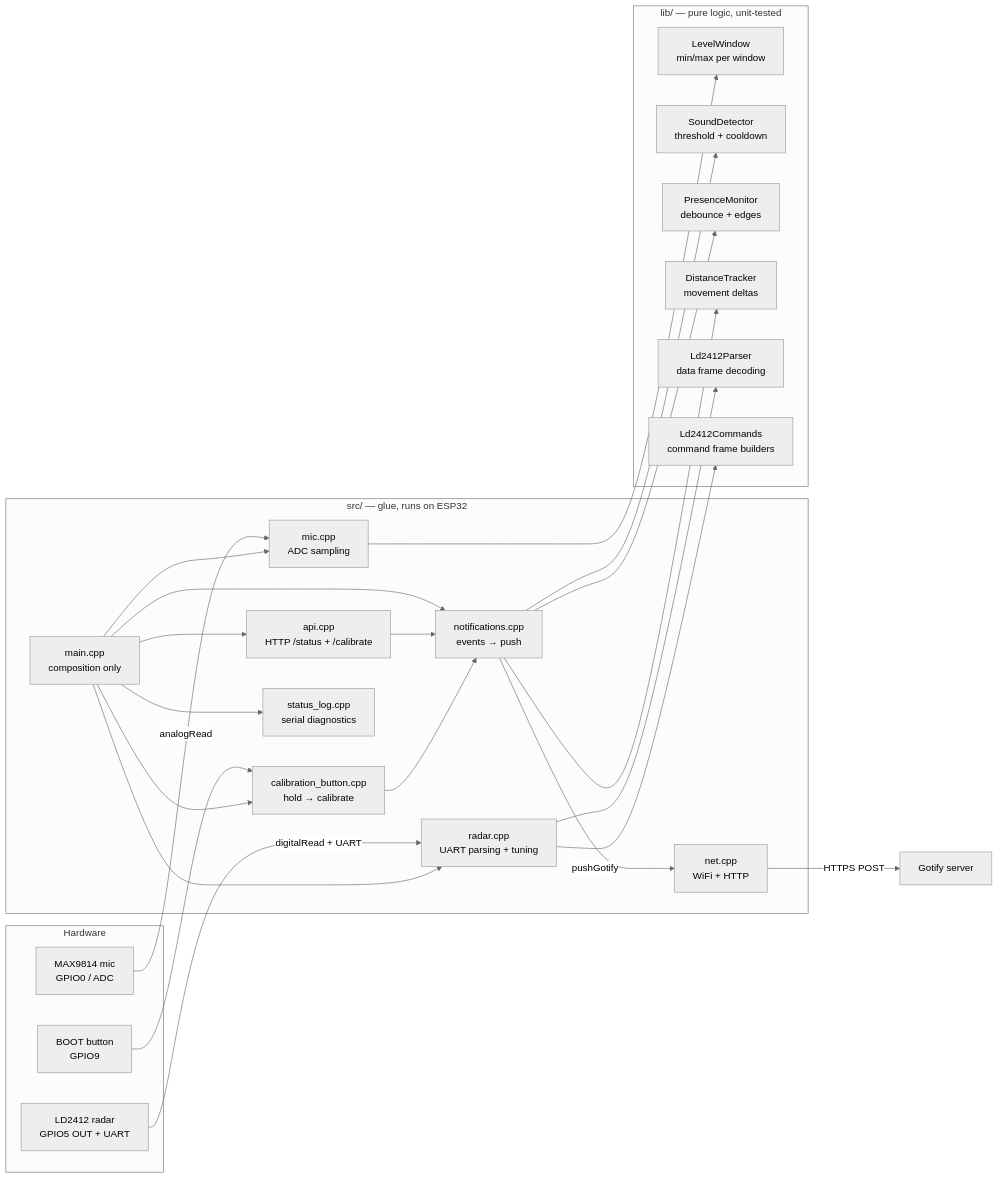
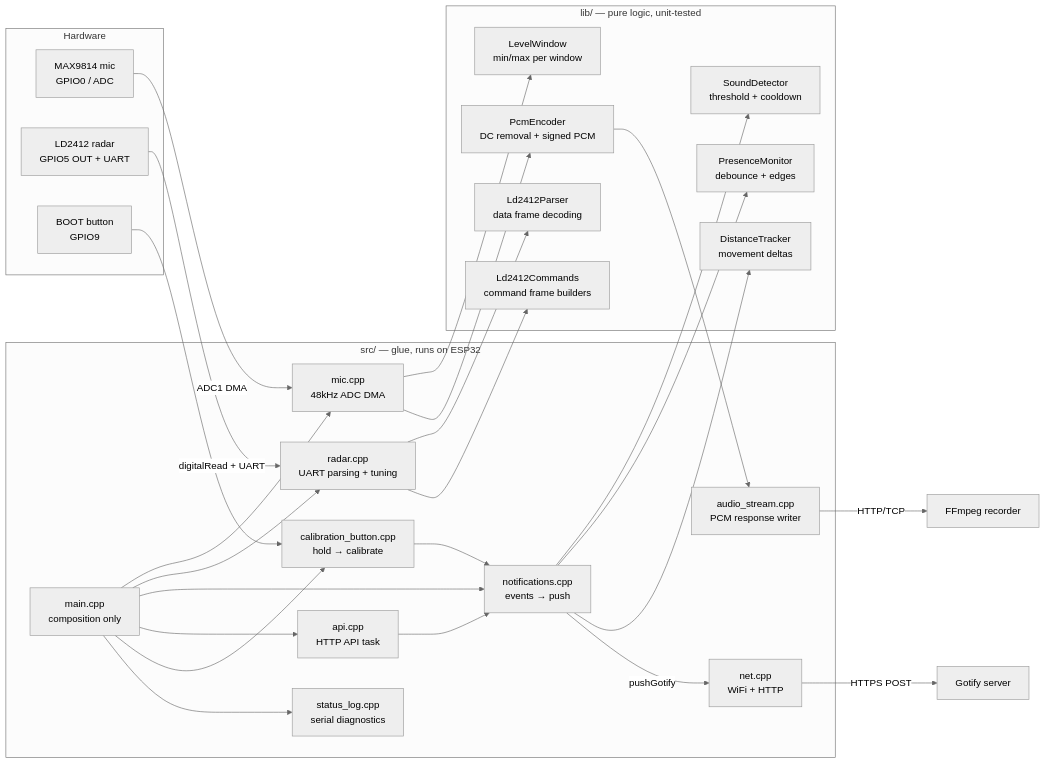
The diagram in docs/architecture.md (patbaumgartner/esp32-room-watchdog), drawn with Mermaid (neutral theme) before and after one commit. The commit also changed other lines of this file and 17 other files, not shown here.

Commit message:
feat: stream microphone audio over WiFi

````diff
--- a/docs/architecture.md
+++ b/docs/architecture.md
@@ -15,45 +15,48 @@
 ```mermaid
 flowchart LR
     subgraph hardware [Hardware]
         MIC[MAX9814 mic<br/>GPIO0 / ADC]
         RADAR[LD2412 radar<br/>GPIO5 OUT + UART]
         BTN[BOOT button<br/>GPIO9]
     end
 
     subgraph src [src/ — glue, runs on ESP32]
         LOOP[main.cpp<br/>composition only]
-        MICG[mic.cpp<br/>ADC sampling]
+        MICG[mic.cpp<br/>48kHz ADC DMA]
+        AUDIO[audio_stream.cpp<br/>PCM response writer]
         RADG[radar.cpp<br/>UART parsing + tuning]
         NOTIF[notifications.cpp<br/>events → push]
-        API[api.cpp<br/>HTTP /status + /calibrate]
+        API[api.cpp<br/>HTTP API task]
         CBTN[calibration_button.cpp<br/>hold → calibrate]
         SLOG[status_log.cpp<br/>serial diagnostics]
         NET[net.cpp<br/>WiFi + HTTP]
     end
 
     subgraph lib [lib/ — pure logic, unit-tested]
         LW[LevelWindow<br/>min/max per window]
+        PCM[PcmEncoder<br/>DC removal + signed PCM]
         SD[SoundDetector<br/>threshold + cooldown]
         PM[PresenceMonitor<br/>debounce + edges]
         DT[DistanceTracker<br/>movement deltas]
         LP[Ld2412Parser<br/>data frame decoding]
         LC[Ld2412Commands<br/>command frame builders]
     end
 
-    MIC -->|analogRead| MICG --> LW
+    MIC -->|ADC1 DMA| MICG --> LW
+    MICG --> PCM --> AUDIO -->|HTTP/TCP| RECORDER[FFmpeg recorder]
     RADAR -->|digitalRead + UART| RADG --> LP
     RADG --> LC
     BTN --> CBTN
     LOOP --> MICG
     LOOP --> RADG
     LOOP --> NOTIF
     LOOP --> API
     LOOP --> CBTN
     LOOP --> SLOG
     API --> NOTIF
     CBTN --> NOTIF
     NOTIF --> SD
     NOTIF --> PM
     NOTIF --> DT
     NOTIF -->|pushGotify| NET -->|HTTPS POST| GOTIFY[Gotify server]
 ```
````
